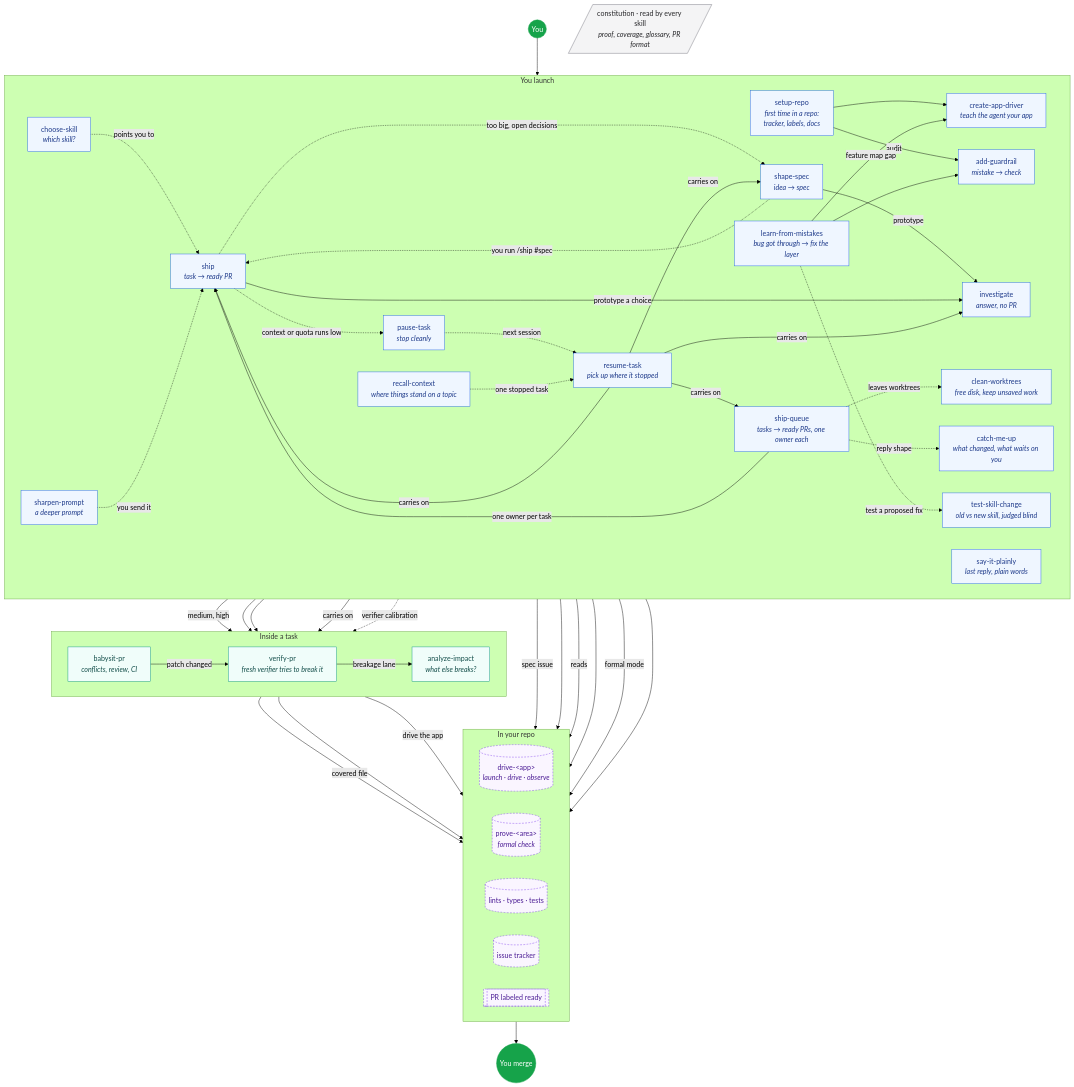
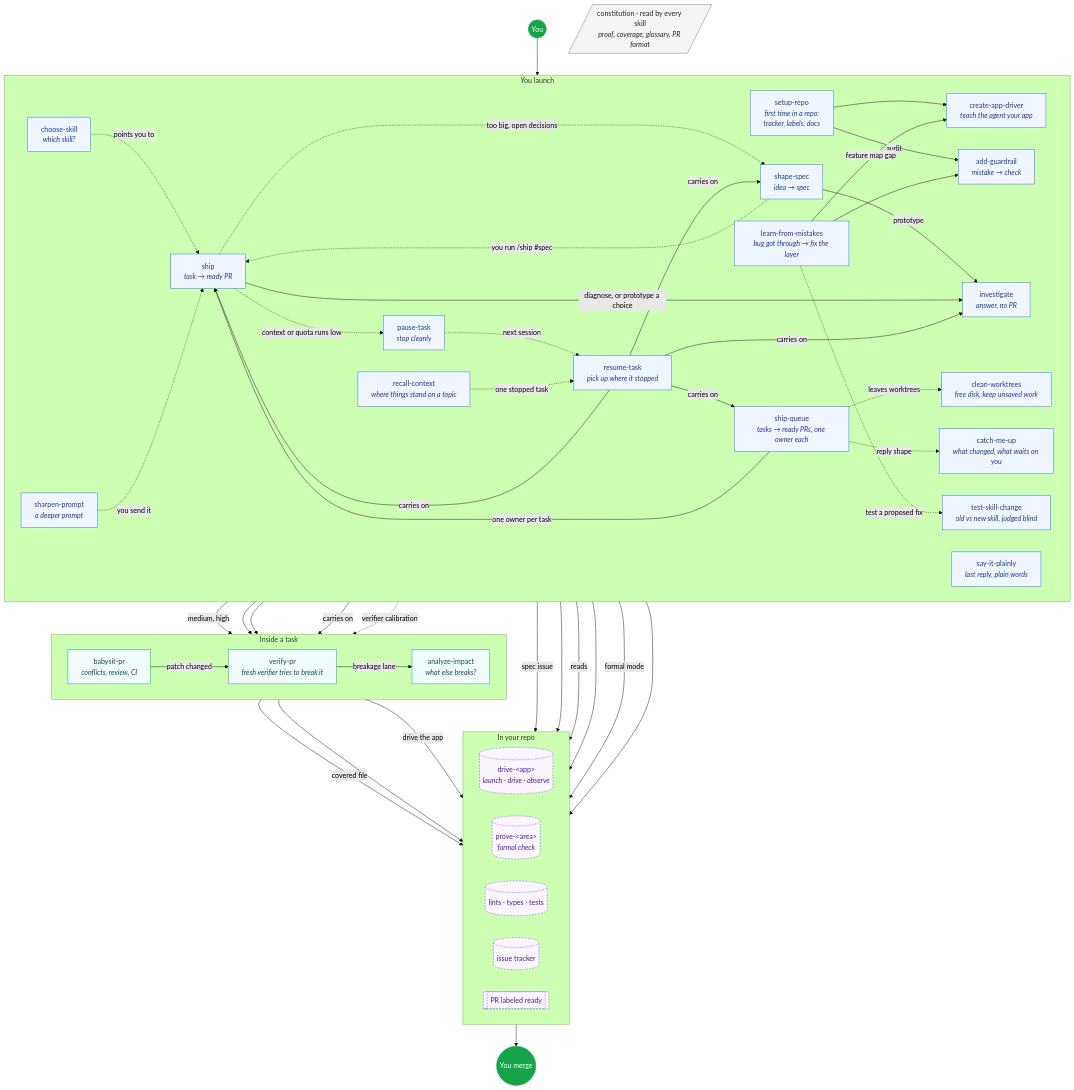
Before and after one commit to Ilian-Allaf/skillstack: the first of 2 diagrams in skills/README.md, drawn with Mermaid (forest theme). The commit also changed other lines of this file and 28 other files, not shown here.

```diff
--- a/skills/README.md
+++ b/skills/README.md
@@ -57,7 +57,7 @@
   shape -->|spec issue| tracker
   shape -.->|"you run /ship #spec"| ship
   ship -->|medium, high| impact
-  ship -->|prototype a choice| investigate
+  ship -->|diagnose, or prototype a choice| investigate
   ship -.->|too big, open decisions| shape
   verify -->|breakage lane| impact
   ship --> verify
```
